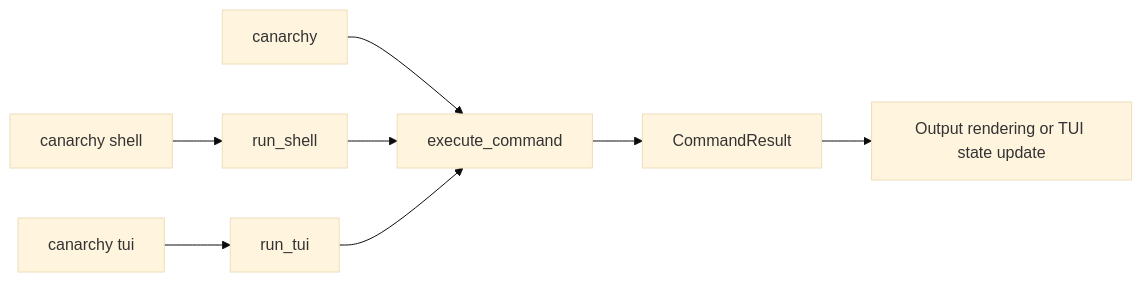
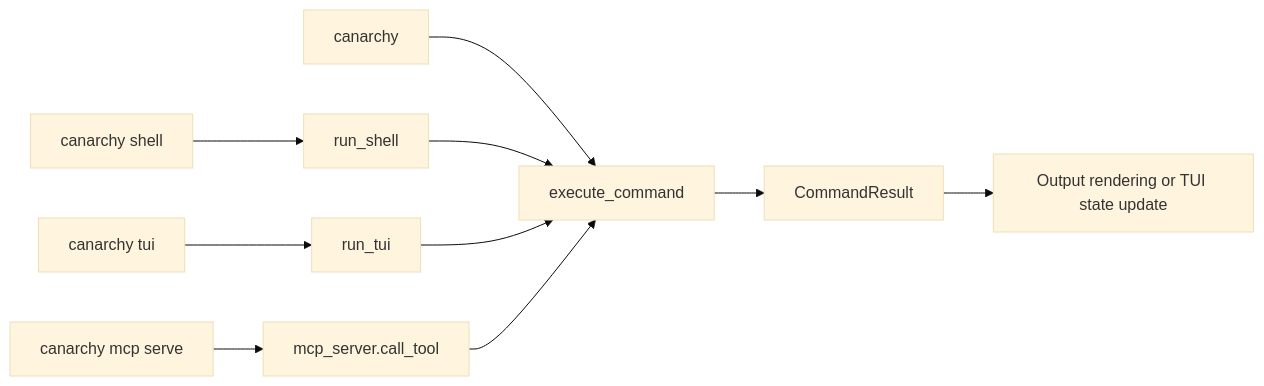
The second of 5 diagrams in docs/architecture.md (hexsecs/canarchy), drawn with Mermaid (base theme) before and after one commit. The commit also changed other lines of this file, not shown here.

First line of the commit message:
Refresh architecture docs for MCP and RE

````diff
--- a/docs/architecture.md
+++ b/docs/architecture.md
@@ -140,12 +148,14 @@
 ```mermaid
 flowchart LR
     CLI[canarchy <command>] --> EXEC[execute_command]
     SHELL[canarchy shell] --> RS[run_shell]
     TUI[canarchy tui] --> RT[run_tui]
+    MCP[canarchy mcp serve] --> MS[mcp_server.call_tool]
 
     RS --> EXEC
     RT --> EXEC
+    MS --> EXEC
 
     EXEC --> RESULT[CommandResult]
     RESULT --> EMIT[Output rendering or TUI state update]
 ```
````
